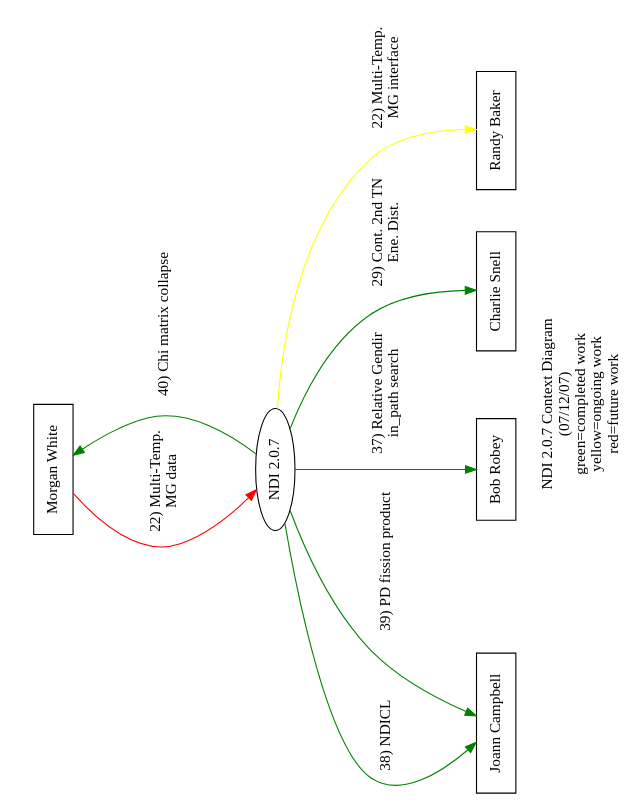
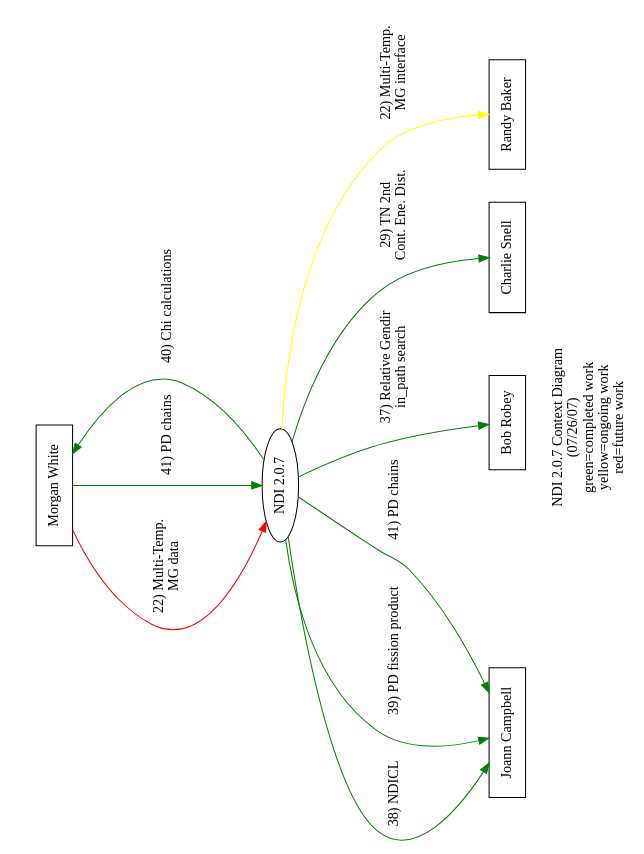
One commit to lanl/ndi changed the diagram in doc/reqt/context_2.0.7.dot. Above: the diagram before and after it, drawn with Graphviz. The commit also changed 3 other files, not shown here.

```diff
--- a/doc/reqt/context_2.0.7.dot
+++ b/doc/reqt/context_2.0.7.dot
@@ -1,28 +1,29 @@
 digraph ndi {
 	rotate=90;
 	page="8.5, 11";
 	size="9, 6.5";
 	center=1;
 	ratio=fill;	
-	label="NDI 2.0.7 Context Diagram\n(07/12/07)\ngreen=completed work\nyellow=ongoing work\nred=future work";
+	label="NDI 2.0.7 Context Diagram\n(07/26/07)\ngreen=completed work\nyellow=ongoing work\nred=future work";
 	node[shape="box"];
 
 	/* stakeholders */
 	morgan[label="Morgan White"];
 	jomc[label="Joann Campbell"];
 	brobey[label="Bob Robey"];
 	snell[label="Charlie Snell"];
 	rsb[label="Randy Baker"];
 
 	/* project */
 	ndi[label="NDI 2.0.7", shape="ellipse"];
 	
 	morgan -> ndi[label="22) Multi-Temp.\n MG data", color=red];
-	ndi -> morgan[label="40) Chi matrix collapse", color=green];
+	morgan -> ndi[label="41) PD chains", color=green];
+	ndi -> morgan[label="40) Chi calculations", color=green];
 	ndi -> rsb[label="22) Multi-Temp.\nMG interface", color=yellow];
 	ndi -> jomc[label="38) NDICL", color=green];
 	ndi -> brobey[label="37) Relative Gendir\n in_path search", color=green];
-	ndi -> snell[label="29) Cont. 2nd TN\n Ene. Dist.", color=green];
+	ndi -> snell[label="29) TN 2nd\n Cont. Ene. Dist.", color=green];
 	ndi -> jomc[label="39) PD fission product", color=green];
-
+	ndi -> jomc[label="41) PD chains", color=green];
 }
```
